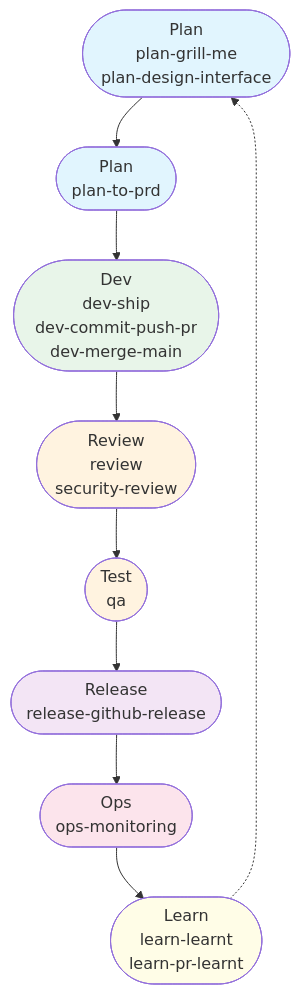
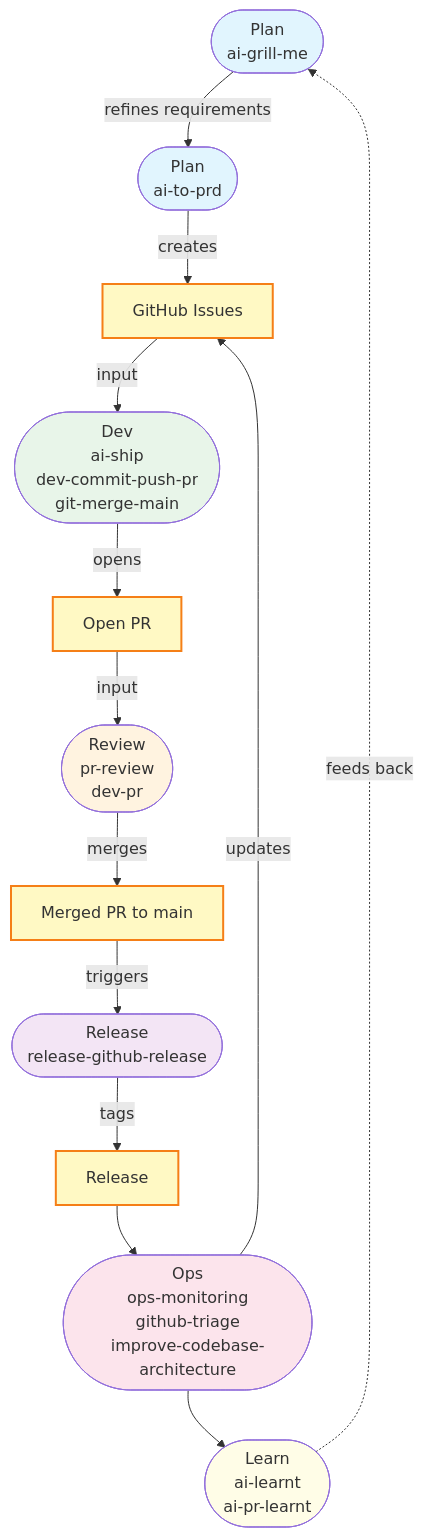
Before and after one commit to paulund/ai: the diagram in docs/development-workflow.md, drawn with Mermaid. The commit also changed other lines of this file and 100 other files, not shown here.

````diff
--- a/docs/development-workflow.md
+++ b/docs/development-workflow.md
@@ -78,20 +78,27 @@
 ```mermaid
 flowchart TD
-    A([Plan<br/>plan-grill-me<br/>plan-design-interface]) --> B([Plan<br/>plan-to-prd])
-    B --> C([Dev<br/>dev-ship<br/>dev-commit-push-pr<br/>dev-merge-main])
-    C --> D([Review<br/>review<br/>security-review])
-    D --> E([Test<br/>qa])
-    E --> F([Release<br/>release-github-release])
-    F --> G([Ops<br/>ops-monitoring])
-    G --> H([Learn<br/>learn-learnt<br/>learn-pr-learnt])
-    H -.-> A
+    A([Plan<br/>ai-grill-me]) -->|refines requirements| B([Plan<br/>ai-to-prd])
+    B -->|creates| C[GitHub Issues]
+    C -->|input| D([Dev<br/>ai-ship<br/>dev-commit-push-pr<br/>git-merge-main])
+    D -->|opens| E[Open PR]
+    E -->|input| F([Review<br/>pr-review<br/>dev-pr])
+    F -->|merges| G[Merged PR to main]
+    G -->|triggers| H([Release<br/>release-github-release])
+    H -->|tags| I[Release]
+    I --> J([Ops<br/>ops-monitoring<br/>github-triage<br/>improve-codebase-architecture])
+    J -->|updates| C
+    J --> K([Learn<br/>ai-learnt<br/>ai-pr-learnt])
+    K -.->|feeds back| A
 
     style A fill:#e1f5fe
     style B fill:#e1f5fe
-    style C fill:#e8f5e9
-    style D fill:#fff3e0
-    style E fill:#fff3e0
-    style F fill:#f3e5f5
-    style G fill:#fce4ec
-    style H fill:#fffde7
+    style C fill:#fff9c4,stroke:#f57f17,stroke-width:2px
+    style D fill:#e8f5e9
+    style E fill:#fff9c4,stroke:#f57f17,stroke-width:2px
+    style F fill:#fff3e0
+    style G fill:#fff9c4,stroke:#f57f17,stroke-width:2px
+    style H fill:#f3e5f5
+    style I fill:#fff9c4,stroke:#f57f17,stroke-width:2px
+    style J fill:#fce4ec
+    style K fill:#fffde7
 ```
````
